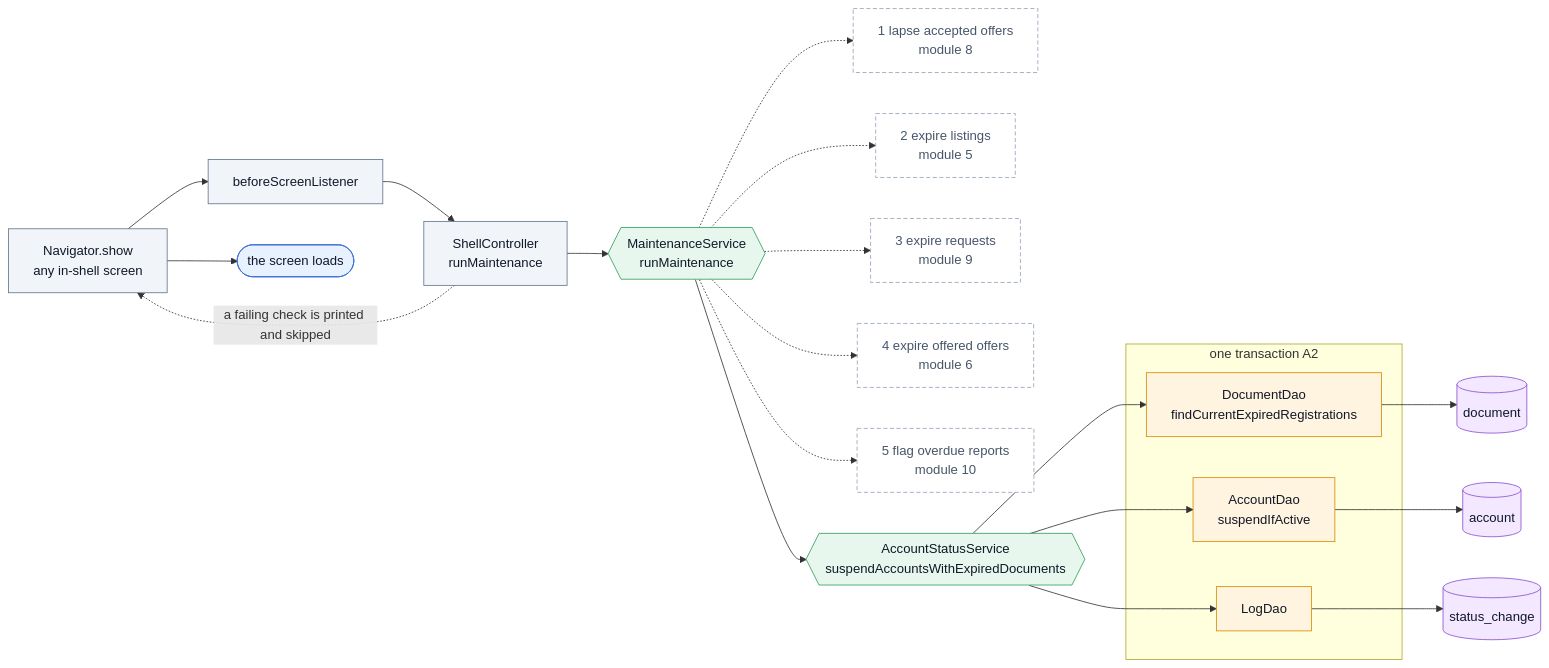
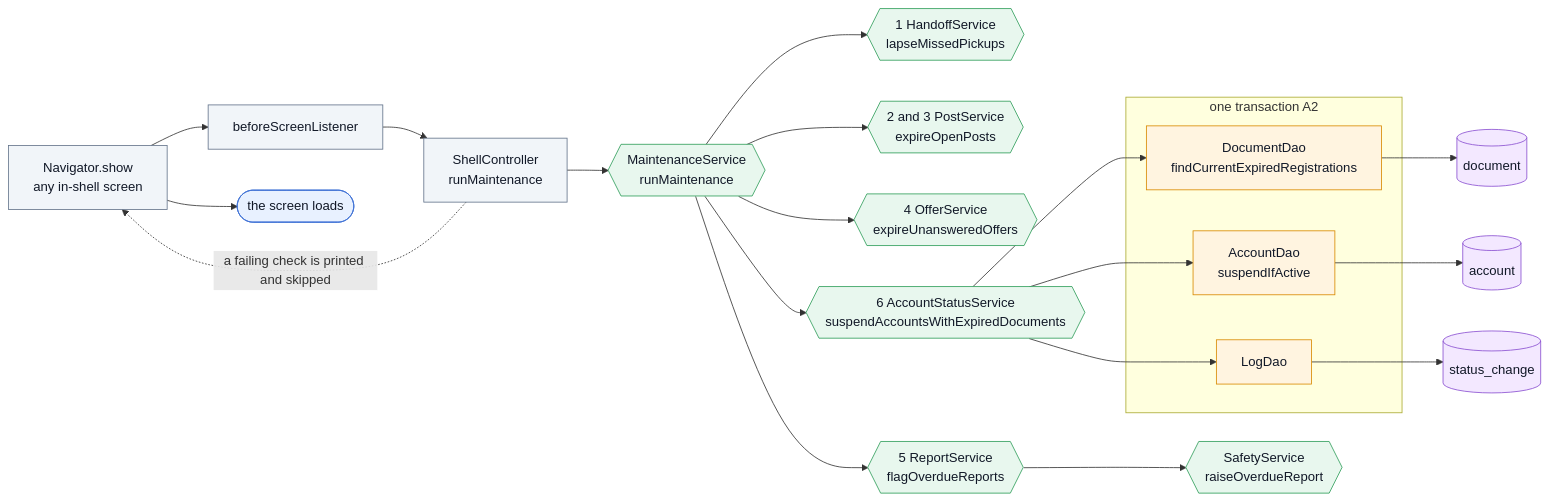
The ninth of 17 diagrams in docs/MAP.md (Az-Zav/ANIPLATO), drawn with Mermaid before and after one commit. The commit also changed other lines of this file and 16 other files, not shown here.

````diff
--- a/docs/MAP.md
+++ b/docs/MAP.md
@@ -695,29 +708,27 @@
 ```mermaid
 flowchart LR
   classDef screen fill:#e8f1ff,stroke:#3b6fd4,color:#111827
   classDef ctrl fill:#f1f5f9,stroke:#64748b,color:#111827
   classDef svc fill:#e8f7ee,stroke:#2f9e5a,color:#111827
   classDef dao fill:#fff4e0,stroke:#d98a00,color:#111827
   classDef tbl fill:#f3e8ff,stroke:#8a4fd1,color:#111827
-  classDef planned fill:#ffffff,stroke:#94a3b8,stroke-dasharray:5 3,color:#475569
   NV[Navigator.show<br/>any in-shell screen]:::ctrl --> BL[beforeScreenListener]:::ctrl --> SC[ShellController<br/>runMaintenance]:::ctrl --> MS{{MaintenanceService<br/>runMaintenance}}:::svc
   SC -. a failing check is printed and skipped .-> NV
-  MS -.-> P1[1 lapse accepted offers<br/>module 8]:::planned
-  MS -.-> P2[2 expire listings<br/>module 5]:::planned
-  MS -.-> P3[3 expire requests<br/>module 9]:::planned
-  MS -.-> P4[4 expire offered offers<br/>module 6]:::planned
-  MS -.-> P5[5 flag overdue reports<br/>module 10]:::planned
-  MS --> ES{{AccountStatusService<br/>suspendAccountsWithExpiredDocuments}}:::svc
+  MS --> P1{{1 HandoffService<br/>lapseMissedPickups}}:::svc
+  MS --> P2{{2 and 3 PostService<br/>expireOpenPosts}}:::svc
+  MS --> P4{{4 OfferService<br/>expireUnansweredOffers}}:::svc
+  MS --> P5{{5 ReportService<br/>flagOverdueReports}}:::svc --> SN{{SafetyService<br/>raiseOverdueReport}}:::svc
+  MS --> ES{{6 AccountStatusService<br/>suspendAccountsWithExpiredDocuments}}:::svc
   subgraph TX[one transaction A2]
     FE[DocumentDao<br/>findCurrentExpiredRegistrations]:::dao
     SI[AccountDao<br/>suspendIfActive]:::dao
     LG[LogDao]:::dao
   end
   ES --> FE
   ES --> SI
   ES --> LG
   FE --> TD[(document)]:::tbl
   SI --> TA[(account)]:::tbl
   LG --> TL[(status_change)]:::tbl
   NV --> SL([the screen loads]):::screen
 ```
````
